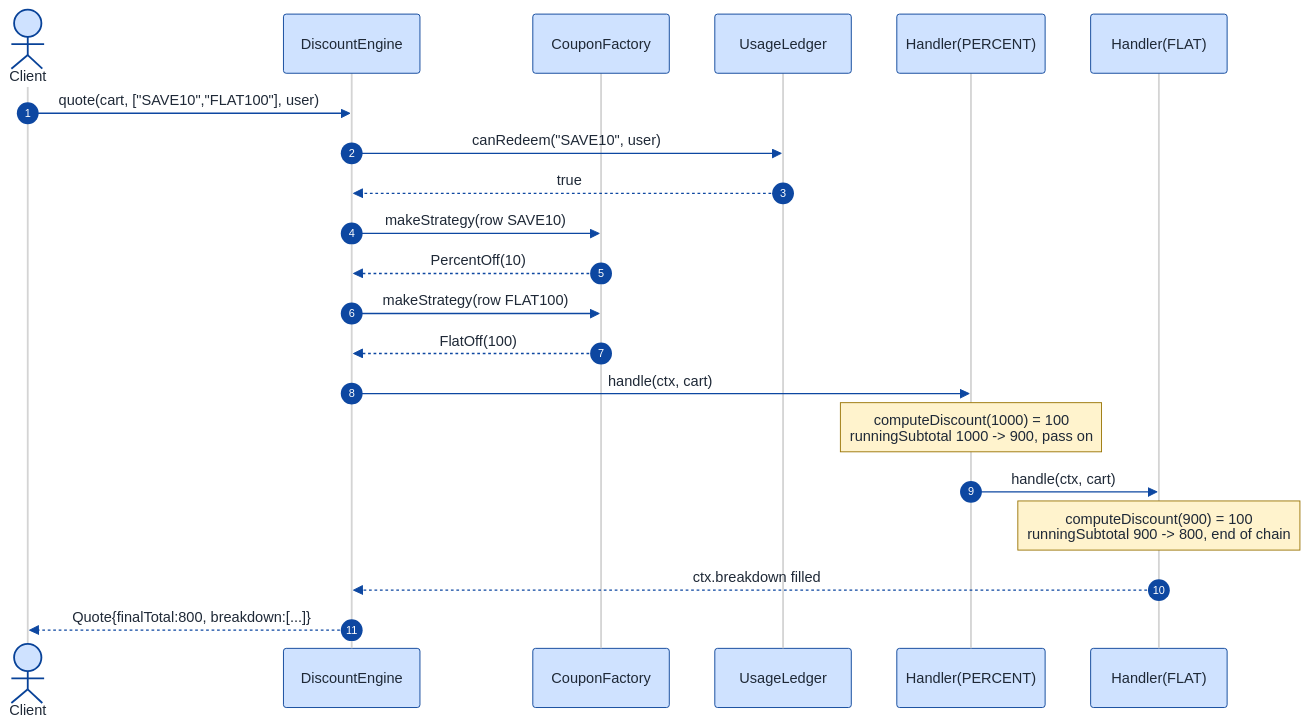
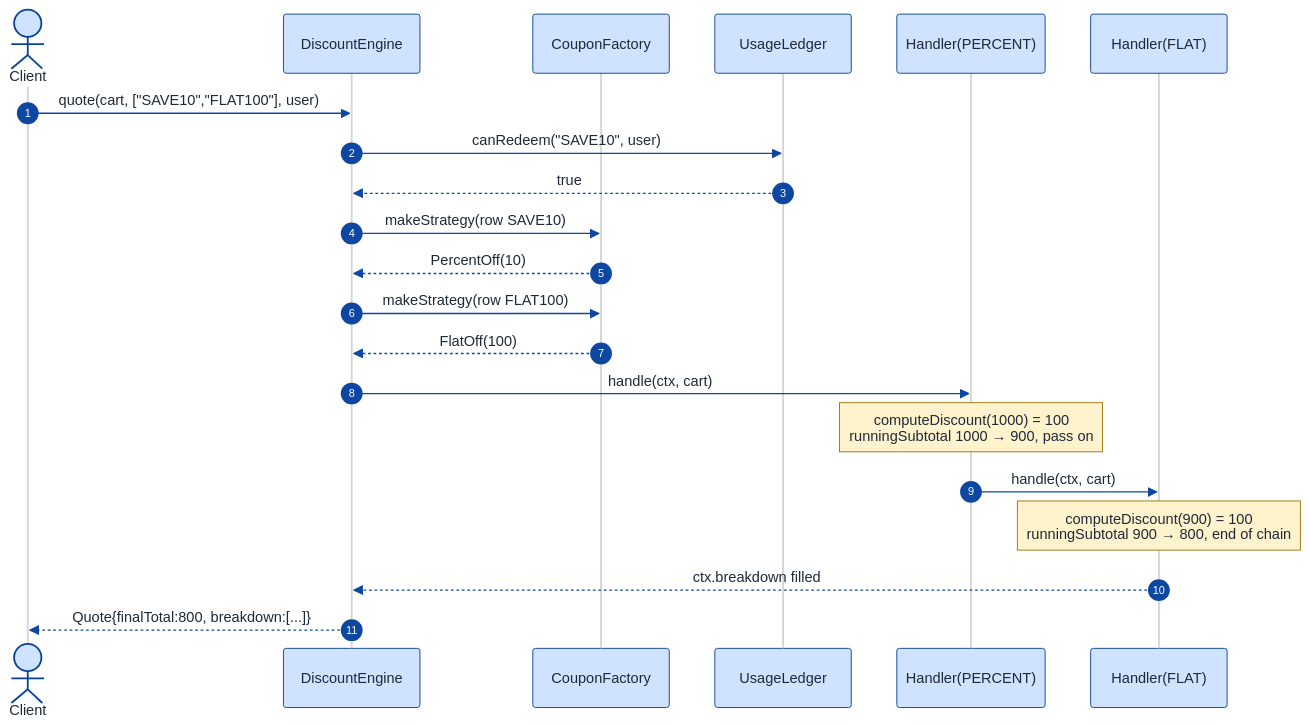
The fifth of 5 diagrams in LLD/Topics/Strategy_Pattern/Coupon_Discount_Engine.md (Prateek-5/question-bank), drawn with Mermaid before and after one commit. The commit also changed 11 other files, not shown here.

First line of the commit message:
Fix sequenceDiagram parse error: arrow tokens in message text and Note bodies

````diff
--- a/LLD/Topics/Strategy_Pattern/Coupon_Discount_Engine.md
+++ b/LLD/Topics/Strategy_Pattern/Coupon_Discount_Engine.md
@@ -707,55 +707,55 @@
 ```mermaid
 ---
 config:
   theme: neutral
   themeVariables:
     background: '#ffffff'
     primaryColor: '#cfe2ff'
     primaryTextColor: '#1f2937'
     primaryBorderColor: '#084298'
     secondaryColor: '#fff3cd'
     secondaryTextColor: '#1f2937'
     secondaryBorderColor: '#664d03'
     tertiaryColor: '#d1e7dd'
     tertiaryTextColor: '#1f2937'
     tertiaryBorderColor: '#0a3622'
     lineColor: '#0d47a1'
     textColor: '#1f2937'
     noteBkgColor: '#fff3cd'
     noteTextColor: '#1f2937'
     noteBorderColor: '#997404'
     actorBkg: '#cfe2ff'
     actorBorder: '#084298'
     actorTextColor: '#1f2937'
     signalColor: '#0d47a1'
     signalTextColor: '#1f2937'
     labelBoxBkgColor: '#ffffff'
     labelBoxBorderColor: '#d3d3d3'
     labelTextColor: '#1f2937'
     edgeLabelBackground: '#ffffff'
     labelBackground: '#ffffff'
     classText: '#1f2937'
     fontFamily: 'system-ui, -apple-system, Segoe UI, Helvetica, Arial, sans-serif'
 ---
 sequenceDiagram
   autonumber
   actor Client
   participant E as DiscountEngine
   participant F as CouponFactory
   participant L as UsageLedger
   participant H1 as Handler(PERCENT)
   participant H2 as Handler(FLAT)
   Client->>E: quote(cart, ["SAVE10","FLAT100"], user)
   E->>L: canRedeem("SAVE10", user)
   L-->>E: true
   E->>F: makeStrategy(row SAVE10)
   F-->>E: PercentOff(10)
   E->>F: makeStrategy(row FLAT100)
   F-->>E: FlatOff(100)
   E->>H1: handle(ctx, cart)
-  Note over H1: computeDiscount(1000) = 100<br/>runningSubtotal 1000 -> 900, pass on
+  Note over H1: computeDiscount(1000) = 100<br/>runningSubtotal 1000 → 900, pass on
   H1->>H2: handle(ctx, cart)
-  Note over H2: computeDiscount(900) = 100<br/>runningSubtotal 900 -> 800, end of chain
+  Note over H2: computeDiscount(900) = 100<br/>runningSubtotal 900 → 800, end of chain
   H2-->>E: ctx.breakdown filled
   E-->>Client: Quote{finalTotal:800, breakdown:[...]}
 ```
````
